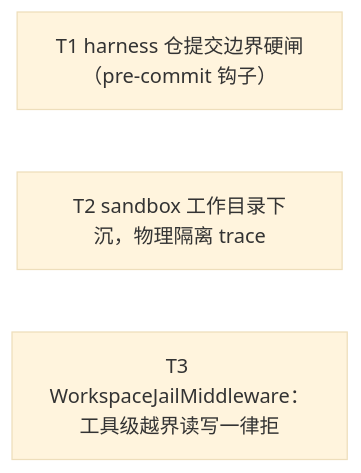
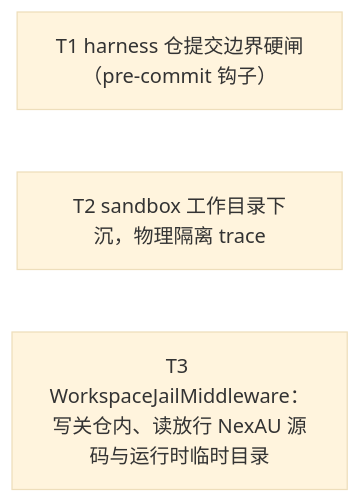
One commit to Curry09/AHE-Beta changed diagram 30 of 39 in docs/specs/OVERVIEW.md. Above: the diagram before and after it, drawn with Mermaid (base theme). The commit also changed other lines of this file and 5 other files, not shown here.

````diff
--- a/docs/specs/OVERVIEW.md
+++ b/docs/specs/OVERVIEW.md
@@ -732,6 +735,6 @@
 ```mermaid
 graph LR
     nT1["T1 harness 仓提交边界硬闸（pre-commit 钩子）"]
     nT2["T2 sandbox 工作目录下沉，物理隔离 trace"]
-    nT3["T3 WorkspaceJailMiddleware：工具级越界读写一律拒"]
+    nT3["T3 WorkspaceJailMiddleware：写关仓内、读放行 NexAU 源码与运行时临时目录"]
 ```
````
